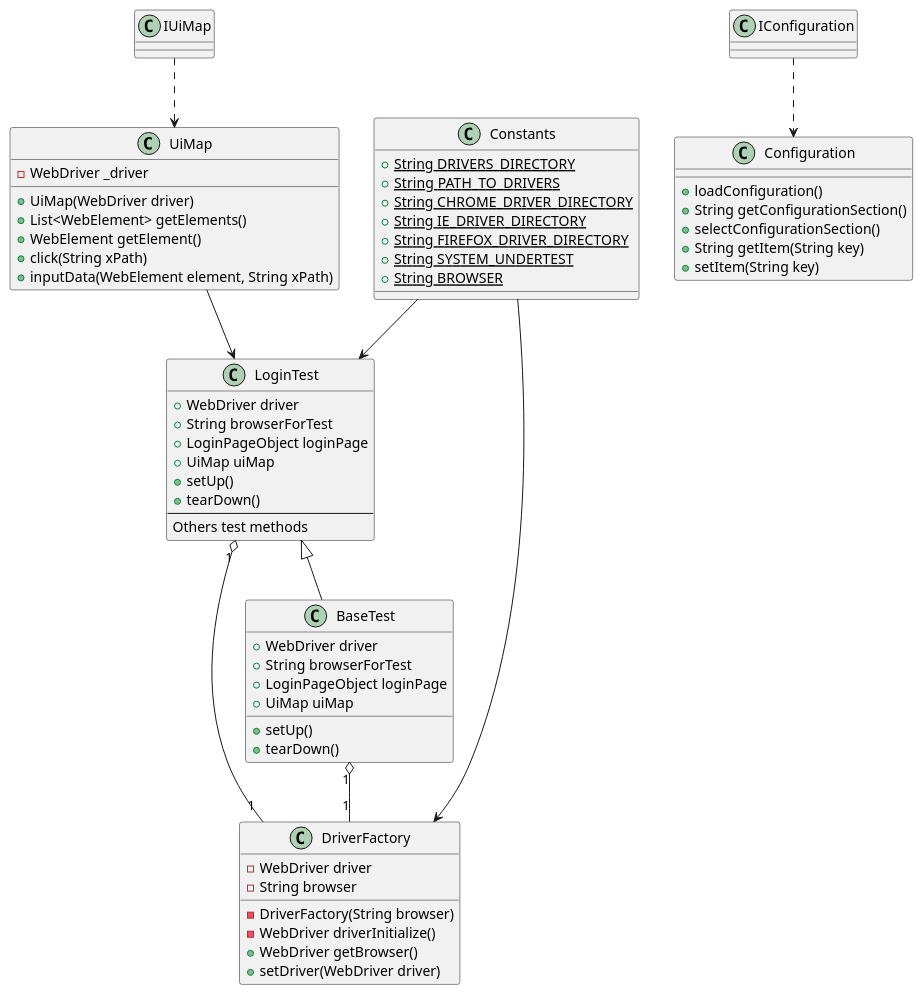
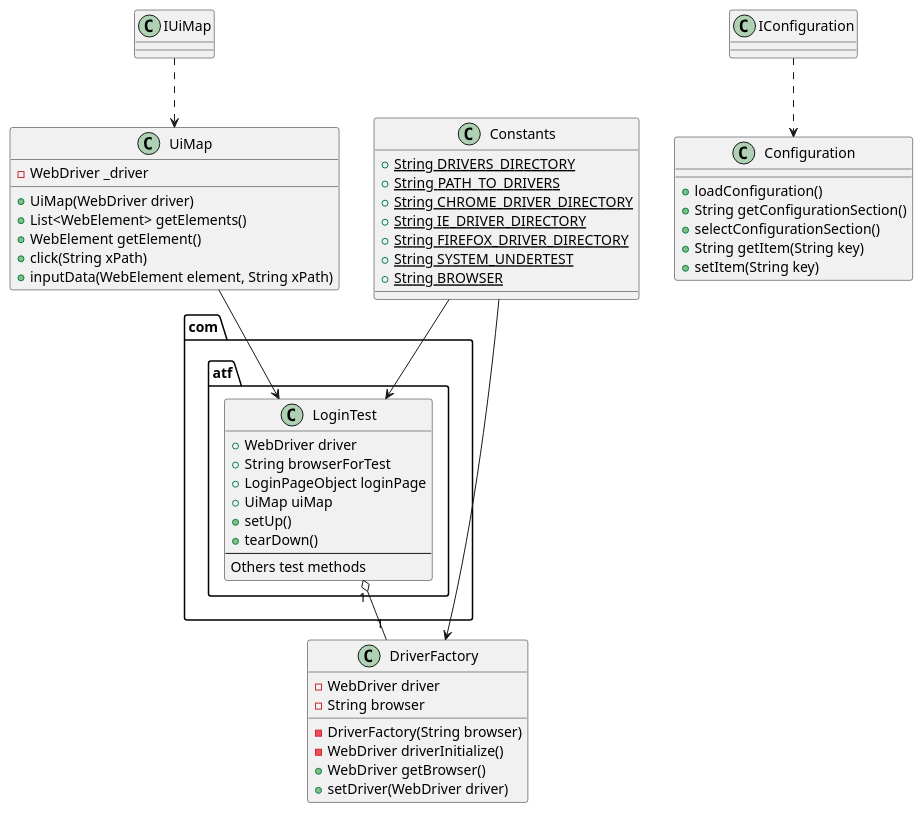
Before and after one commit to Moriceg/ATF_from_scratch_EM: the diagram in src/uml/ATF Class Diagram.puml, drawn with PlantUML. The commit also changed 20 other files, not shown here.

Commit message:
1. Remove beans.xml 2. Add Autowired annotations and Component annotation for classes 3. Move all source in a package : com.atf 4. Create AppConfig to initialize the context

```diff
--- a/src/uml/ATF Class Diagram.puml
+++ b/src/uml/ATF Class Diagram.puml
@@ -1,70 +1,58 @@
 @startuml
 IUiMap ..> UiMap
 
 class UiMap {
 -WebDriver _driver
 +UiMap(WebDriver driver)
 +List<WebElement> getElements()
 +WebElement getElement()
 +click(String xPath)
 +inputData(WebElement element, String xPath)
 }
 
 class DriverFactory {
 -WebDriver driver
 -String browser
 -DriverFactory(String browser)
 -WebDriver driverInitialize()
 +WebDriver getBrowser()
 +setDriver(WebDriver driver)
 }
 
 IConfiguration ..> Configuration
 class Configuration{
 +loadConfiguration()
 +String getConfigurationSection()
 +selectConfigurationSection()
 +String getItem(String key)
 +setItem(String key)
 }
 
 
-LoginTest "1" o-- "1" DriverFactory
-BaseTest "1" o-- "1" DriverFactory
+com.atf.LoginTest "1" o-- "1" DriverFactory
 
 class Constants {
 +{static}String DRIVERS_DIRECTORY
 +{static}String PATH_TO_DRIVERS
 +{static}String CHROME_DRIVER_DIRECTORY
 +{static}String IE_DRIVER_DIRECTORY
 +{static}String FIREFOX_DRIVER_DIRECTORY
 +{static}String SYSTEM_UNDERTEST
 +{static}String BROWSER
 }
 
-class BaseTest{
-+WebDriver driver
-+String browserForTest
-+LoginPageObject loginPage
-+UiMap uiMap
-+setUp()
-+tearDown()
-}
-
-
-class LoginTest{
+class com.atf.LoginTest{
 +WebDriver driver
 +String browserForTest
 +LoginPageObject loginPage
 +UiMap uiMap
 +setUp()
 +tearDown()
 --
 Others test methods
 }
 
-UiMap -->  LoginTest
-Constants --> LoginTest
+UiMap -->  com.atf.LoginTest
+Constants --> com.atf.LoginTest
 Constants --> DriverFactory
-LoginTest <|-- BaseTest
 @enduml
```
